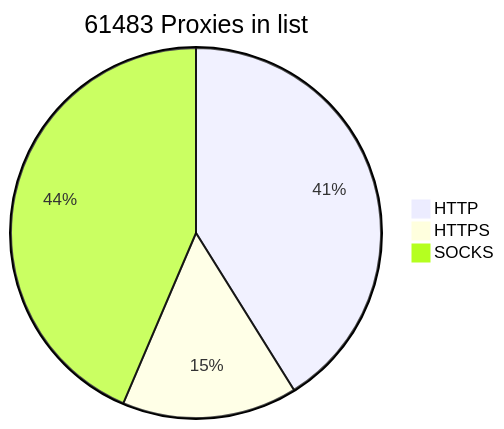
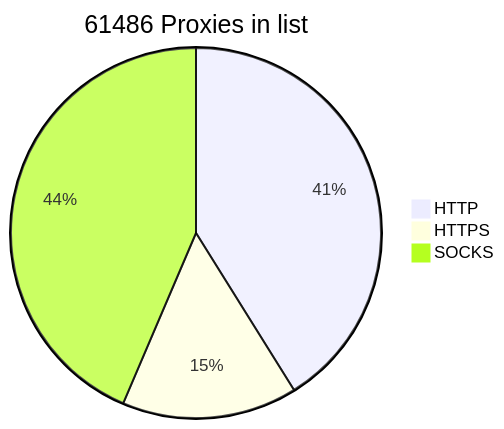
One commit to BlackSnowDot/proxylist-update-every-minute changed the diagram in README.md. Above: the diagram before and after it, drawn with Mermaid.

````diff
--- a/README.md
+++ b/README.md
@@ -2,6 +2,6 @@
 ```mermaid
-pie title 61483 Proxies in list
-    "HTTP" : 28735
-    "HTTPS": 10696
-    "SOCKS" : 30453
+pie title 61486 Proxies in list
+    "HTTP" : 28737
+    "HTTPS": 10703
+    "SOCKS" : 30451
 ```
````
